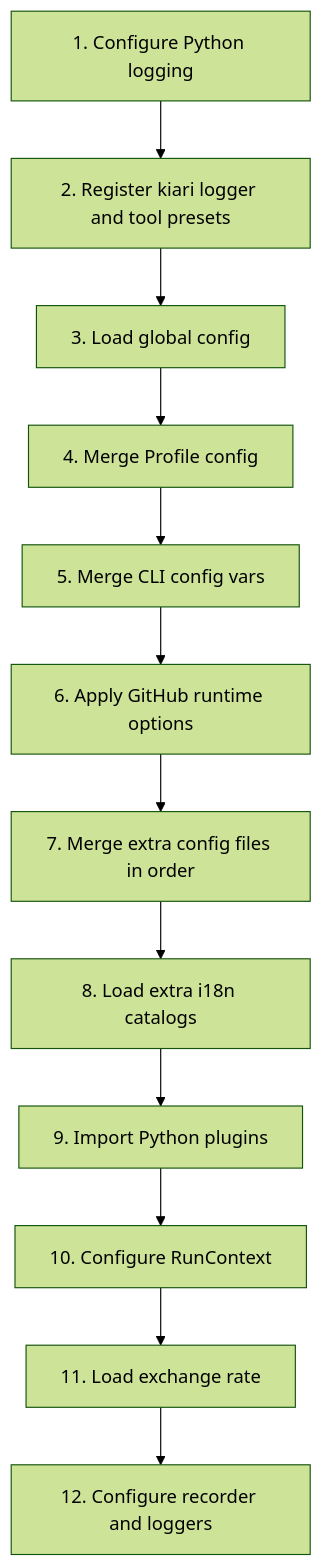
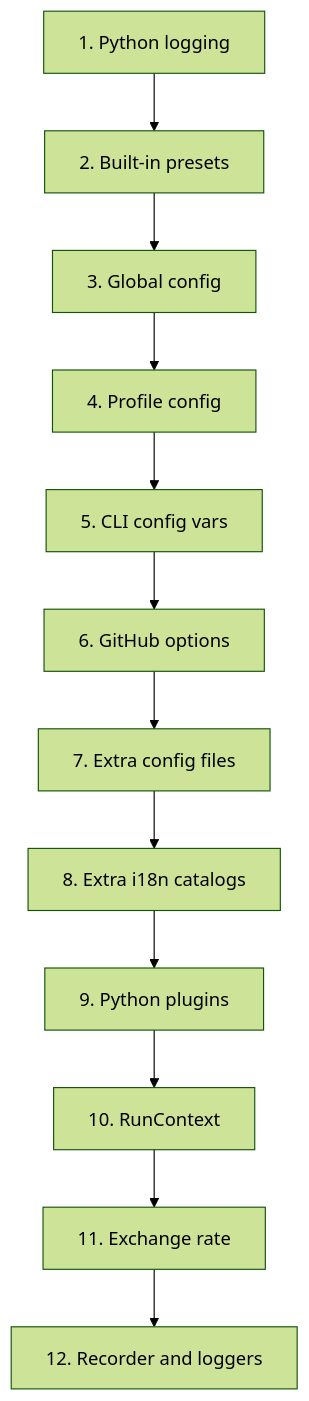
Before and after one commit to kiarina/kiari: the first of 2 diagrams in docs/concepts/runtime-configuration-and-extensibility.md, drawn with Mermaid (forest theme). The commit also changed other lines of this file and 19 other files, not shown here.

````diff
--- a/docs/concepts/runtime-configuration-and-extensibility.md
+++ b/docs/concepts/runtime-configuration-and-extensibility.md
@@ -67,14 +54,14 @@
 ```mermaid
 flowchart TD
-    Log["1. Configure Python logging"] --> Builtins["2. Register kiari logger and tool presets"]
-    Builtins --> Global["3. Load global config"]
-    Global --> Profile["4. Merge Profile config"]
-    Profile --> Vars["5. Merge CLI config vars"]
-    Vars --> GitHub["6. Apply GitHub runtime options"]
-    GitHub --> Extra["7. Merge extra config files in order"]
-    Extra --> I18n["8. Load extra i18n catalogs"]
-    I18n --> Plugins["9. Import Python plugins"]
-    Plugins --> Context["10. Configure RunContext"]
-    Context --> Exchange["11. Load exchange rate"]
-    Exchange --> Observe["12. Configure recorder and loggers"]
+    Log["1. Python logging"] --> Builtins["2. Built-in presets"]
+    Builtins --> Global["3. Global config"]
+    Global --> Profile["4. Profile config"]
+    Profile --> Vars["5. CLI config vars"]
+    Vars --> GitHub["6. GitHub options"]
+    GitHub --> Extra["7. Extra config files"]
+    Extra --> I18n["8. Extra i18n catalogs"]
+    I18n --> Plugins["9. Python plugins"]
+    Plugins --> Context["10. RunContext"]
+    Context --> Exchange["11. Exchange rate"]
+    Exchange --> Observe["12. Recorder and loggers"]
 ```
````
